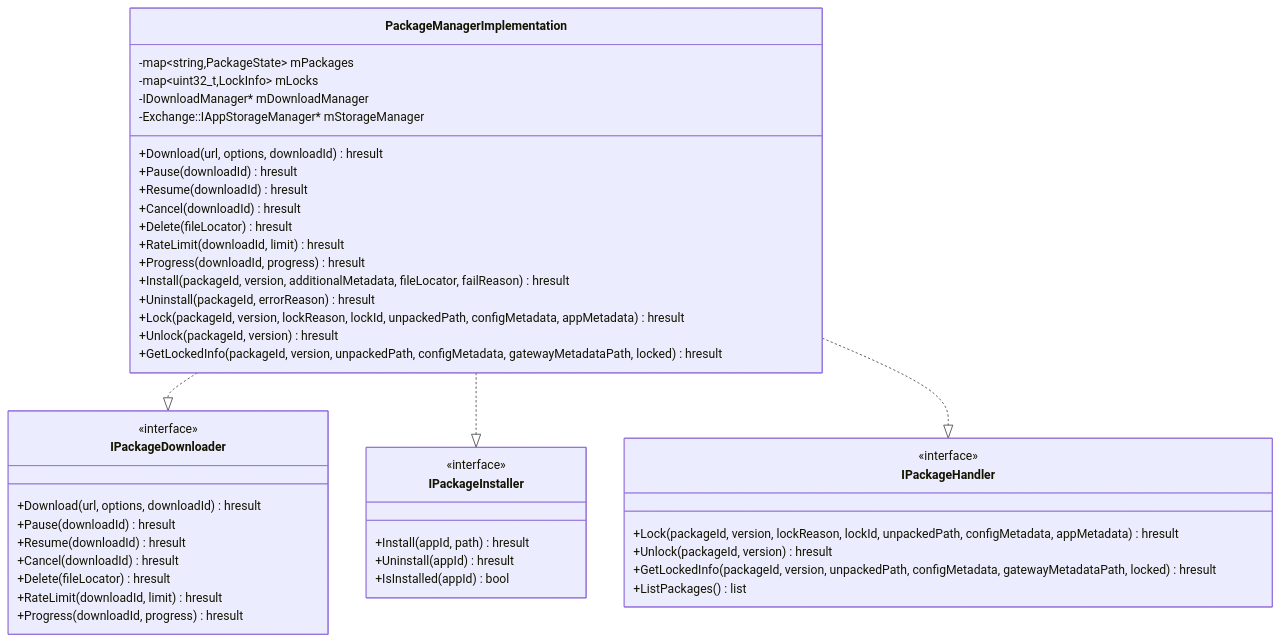
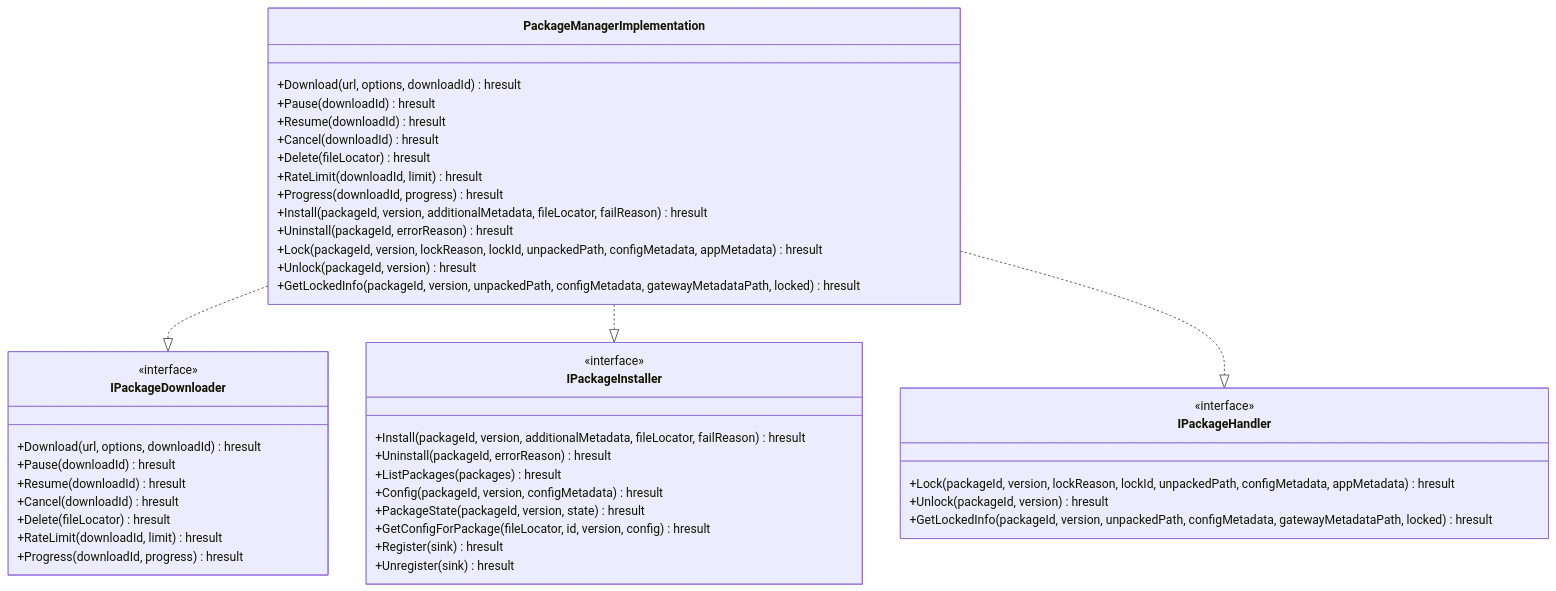
One commit to rdkcentral/entservices-appmanagers changed the second of 5 diagrams in PackageManager/PackageManager.md. Above: the diagram before and after it, drawn with Mermaid. The commit also changed other lines of this file and 7 other files, not shown here.

````diff
--- a/PackageManager/PackageManager.md
+++ b/PackageManager/PackageManager.md
@@ -62,51 +59,51 @@
 ```mermaid
 classDiagram
     class PackageManagerImplementation {
-        -map~string,PackageState~ mPackages
-        -map~uint32_t,LockInfo~ mLocks
-        -IDownloadManager* mDownloadManager
-        -Exchange::IAppStorageManager* mStorageManager
         +Download(url, options, downloadId) hresult
         +Pause(downloadId) hresult
         +Resume(downloadId) hresult
         +Cancel(downloadId) hresult
         +Delete(fileLocator) hresult
         +RateLimit(downloadId, limit) hresult
         +Progress(downloadId, progress) hresult
         +Install(packageId, version, additionalMetadata, fileLocator, failReason) hresult
         +Uninstall(packageId, errorReason) hresult
         +Lock(packageId, version, lockReason, lockId, unpackedPath, configMetadata, appMetadata) hresult
         +Unlock(packageId, version) hresult
         +GetLockedInfo(packageId, version, unpackedPath, configMetadata, gatewayMetadataPath, locked) hresult
     }
 
     class IPackageDownloader {
         <<interface>>
         +Download(url, options, downloadId) hresult
         +Pause(downloadId) hresult
         +Resume(downloadId) hresult
         +Cancel(downloadId) hresult
         +Delete(fileLocator) hresult
         +RateLimit(downloadId, limit) hresult
         +Progress(downloadId, progress) hresult
     }
 
     class IPackageInstaller {
         <<interface>>
-        +Install(appId, path) hresult
-        +Uninstall(appId) hresult
-        +IsInstalled(appId) bool
+        +Install(packageId, version, additionalMetadata, fileLocator, failReason) hresult
+        +Uninstall(packageId, errorReason) hresult
+        +ListPackages(packages) hresult
+        +Config(packageId, version, configMetadata) hresult
+        +PackageState(packageId, version, state) hresult
+        +GetConfigForPackage(fileLocator, id, version, config) hresult
+        +Register(sink) hresult
+        +Unregister(sink) hresult
     }
 
     class IPackageHandler {
         <<interface>>
         +Lock(packageId, version, lockReason, lockId, unpackedPath, configMetadata, appMetadata) hresult
         +Unlock(packageId, version) hresult
         +GetLockedInfo(packageId, version, unpackedPath, configMetadata, gatewayMetadataPath, locked) hresult
-        +ListPackages() list
     }
 
     PackageManagerImplementation ..|> IPackageDownloader
     PackageManagerImplementation ..|> IPackageInstaller
     PackageManagerImplementation ..|> IPackageHandler
 ```
````
